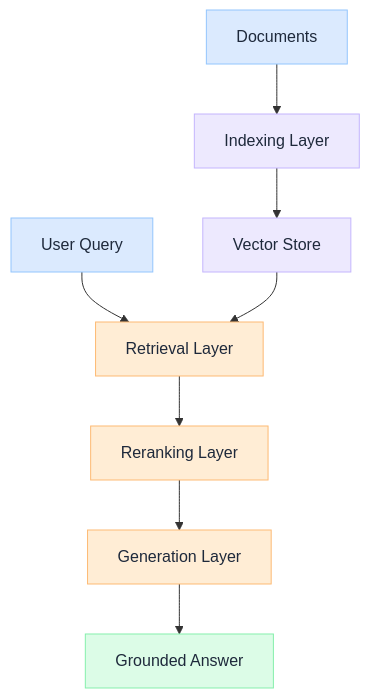
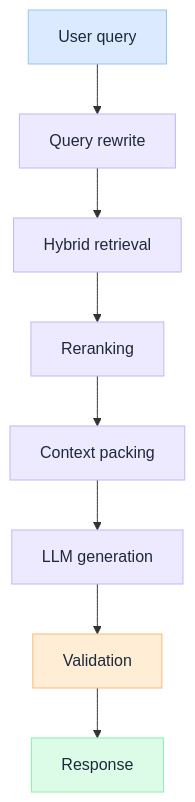
Before and after one commit to iamsharmajitender/gain: the fourth of 4 diagrams in docs/blueprints/rag-architecture.mdx, drawn with Mermaid. The commit also changed other lines of this file and 2 other files, not shown here.

````diff
--- a/docs/blueprints/rag-architecture.mdx
+++ b/docs/blueprints/rag-architecture.mdx
@@ -37,20 +286,23 @@
 ```mermaid
-flowchart TD
-  Docs["Documents"] --> Index["Indexing Layer"]
-  Index --> VectorDB["Vector Store"]
-  Query["User Query"] --> Retrieve["Retrieval Layer"]
-  VectorDB --> Retrieve
-  Retrieve --> Rerank["Reranking Layer"]
-  Rerank --> Generate["Generation Layer"]
-  Generate --> Answer["Grounded Answer"]
+flowchart TB
+    UQ["User query"]
+    QR["Query rewrite"]
+    HR["Hybrid retrieval"]
+    RR["Reranking"]
+    CP["Context packing"]
+    GEN["LLM generation"]
+    VAL["Validation"]
+    RESP["Response"]
 
-  classDef source fill:#dbeafe,stroke:#93c5fd,color:#1e293b
-  classDef index fill:#ede9fe,stroke:#c4b5fd,color:#1e293b
-  classDef retrieve fill:#ffedd5,stroke:#fdba74,color:#1e293b
-  classDef output fill:#dcfce7,stroke:#86efac,color:#1e293b
+    UQ --> QR --> HR --> RR --> CP --> GEN --> VAL --> RESP
 
-  class Docs,Query source
-  class Index,VectorDB index
-  class Retrieve,Rerank,Generate retrieve
-  class Answer output
+    classDef input fill:#dbeafe,stroke:#93c5fd,color:#1e293b
+    classDef process fill:#ede9fe,stroke:#c4b5fd,color:#1e293b
+    classDef gate fill:#ffedd5,stroke:#fdba74,color:#1e293b
+    classDef output fill:#dcfce7,stroke:#86efac,color:#1e293b
+
+    class UQ input
+    class QR,HR,RR,CP,GEN process
+    class VAL gate
+    class RESP output
 ```
````
